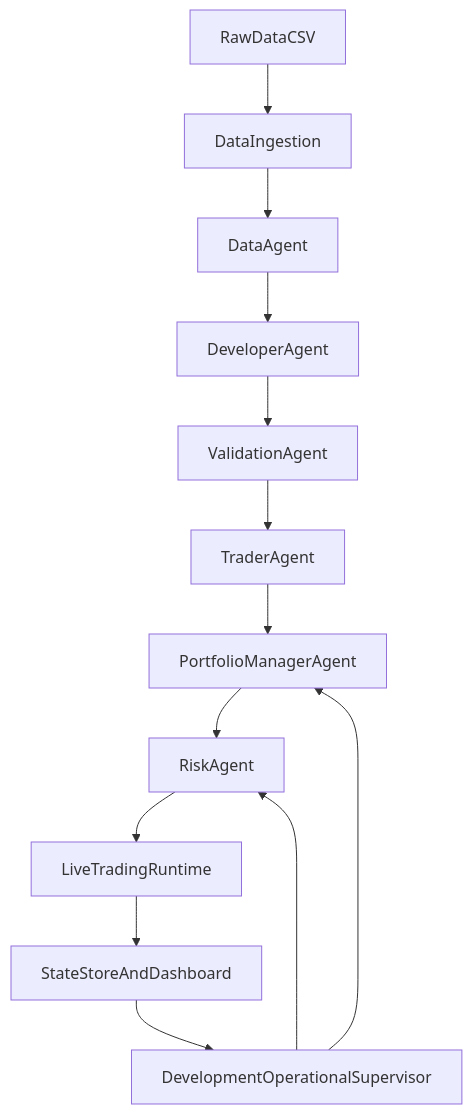
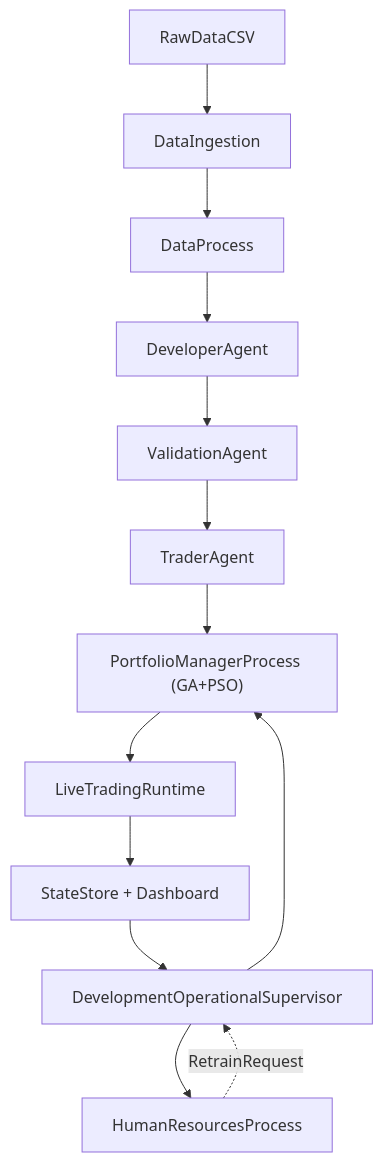
The diagram in docs/arquitectura_completa_tfm.md (DaviidFer/TFM), drawn with Mermaid before and after one commit. The commit also changed other lines of this file and 45 other files, not shown here.

First line of the commit message:
refactor portfolio and trader health workflows

````diff
--- a/docs/arquitectura_completa_tfm.md
+++ b/docs/arquitectura_completa_tfm.md
@@ -32,15 +41,15 @@
 ```mermaid
 flowchart TD
     rawData["RawDataCSV"] --> ingestion["DataIngestion"]
-    ingestion --> dataAgent["DataAgent"]
-    dataAgent --> developerAgent["DeveloperAgent"]
+    ingestion --> dataProcess["DataProcess"]
+    dataProcess --> developerAgent["DeveloperAgent"]
     developerAgent --> validationAgent["ValidationAgent"]
     validationAgent --> traderAgent["TraderAgent"]
-    traderAgent --> portfolioAgent["PortfolioManagerAgent"]
-    portfolioAgent --> riskAgent["RiskAgent"]
-    riskAgent --> liveRuntime["LiveTradingRuntime"]
-    liveRuntime --> stateStore["StateStoreAndDashboard"]
+    traderAgent --> portfolioProcess["PortfolioManagerProcess (GA+PSO)"]
+    portfolioProcess --> liveRuntime["LiveTradingRuntime"]
+    liveRuntime --> stateStore["StateStore + Dashboard"]
     stateStore --> supervisor["DevelopmentOperationalSupervisor"]
-    supervisor --> portfolioAgent
-    supervisor --> riskAgent
+    supervisor --> portfolioProcess
+    supervisor --> hrProcess["HumanResourcesProcess"]
+    hrProcess -. RetrainRequest .-> supervisor
 ```
````
